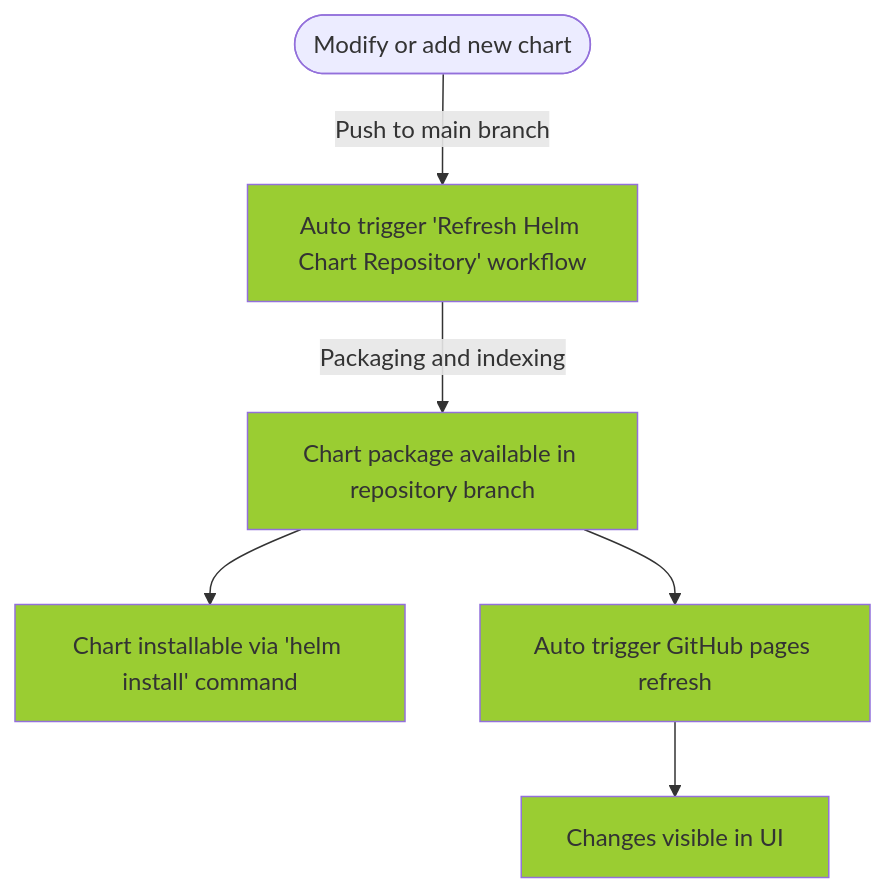
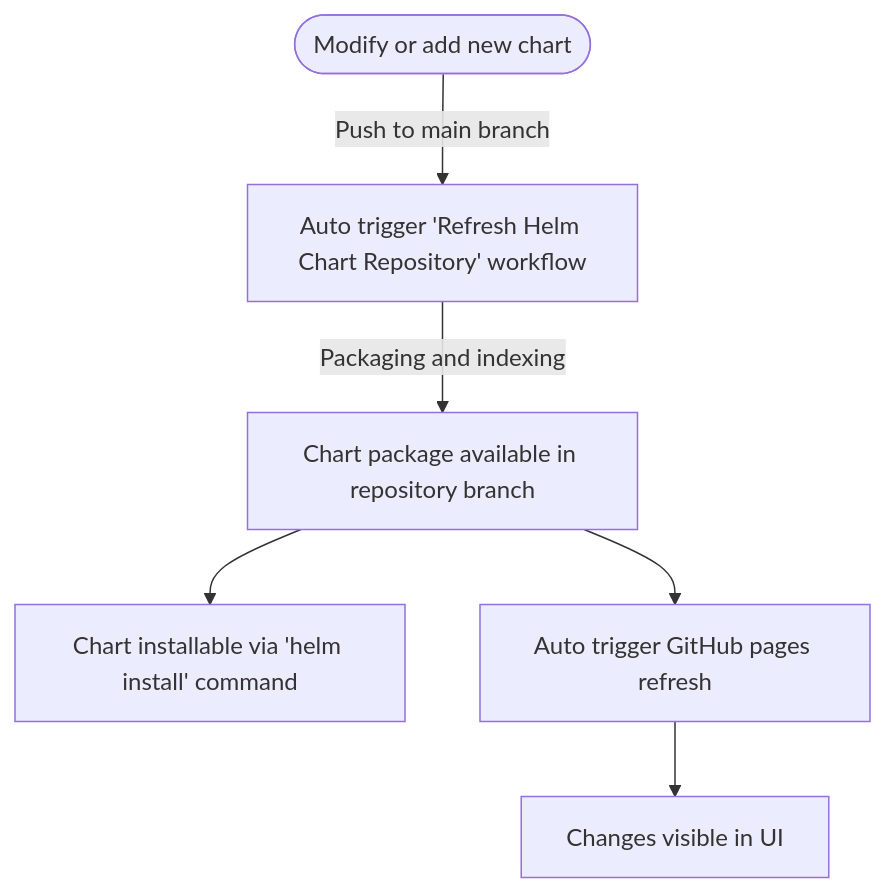
Before and after one commit to karparov/helm-chart-repository-template: the diagram in README.md, drawn with Mermaid. The commit also changed other lines of this file, not shown here.

````diff
--- a/README.md
+++ b/README.md
@@ -27,14 +27,8 @@
 ```mermaid
 graph TD
     A([Modify or add new chart]) -->|Push to main branch| B[Auto trigger 'Refresh Helm Chart Repository' workflow]
     B -->|Packaging and indexing| C[Chart package available in repository branch]
     C --> D[Chart installable via 'helm install' command]
     C --> E[Auto trigger GitHub pages refresh]
     E --> F[Changes visible in UI]
-
-    style B fill:#9ACD32
-    style C fill:#9ACD32
-    style D fill:#9ACD32
-    style E fill:#9ACD32
-    style F fill:#9ACD32
 ```
````
